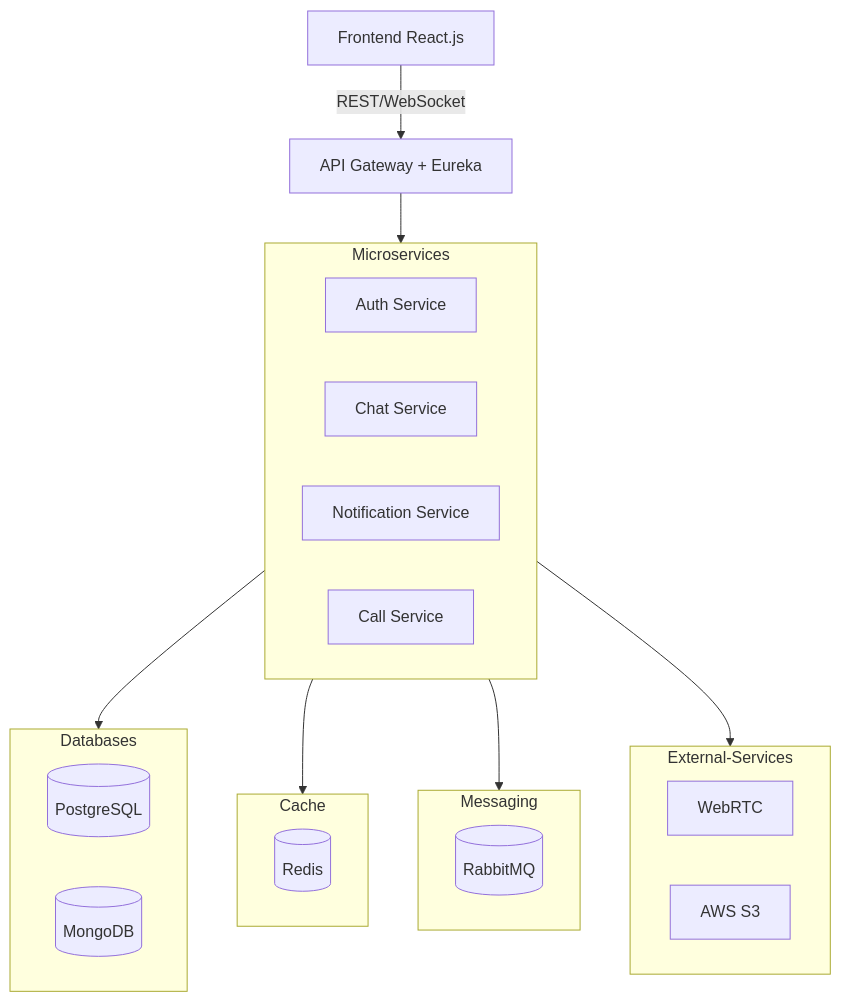
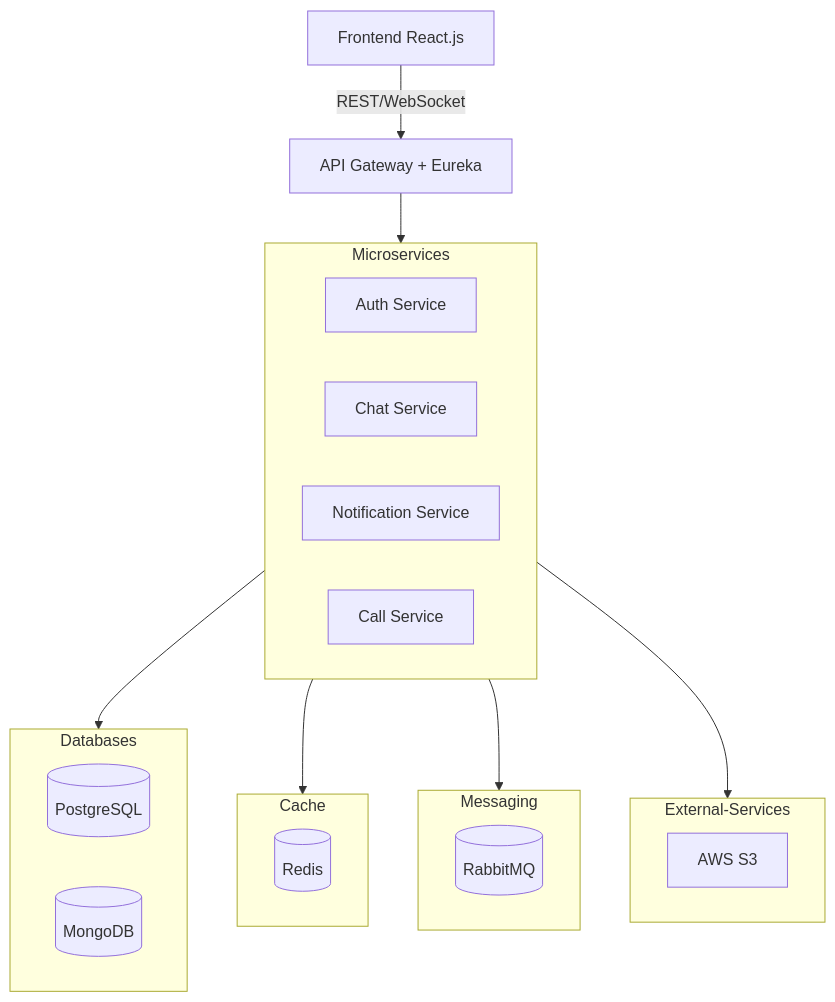
The diagram in software_specifications_document.md (rezi-gelenidze/chatty), drawn with Mermaid before and after one commit. The commit also changed other lines of this file, not shown here.

````diff
--- a/software_specifications_document.md
+++ b/software_specifications_document.md
@@ -97,36 +97,35 @@
 ```mermaid
 graph TD;
     A[Frontend React.js] -->|REST/WebSocket| B[API Gateway + Eureka];
     
     B --> Microservices
     
     Microservices --> Databases
     Microservices --> Cache
     Microservices --> Messaging
     Microservices --> External-Services
     
     subgraph "Microservices"
         C[Auth Service]
         D[Chat Service]
         E[Notification Service]
         F[Call Service]
     end
 
     subgraph "Databases"
         G[(PostgreSQL)]
         H[(MongoDB)]
     end
     
     subgraph "Messaging"
         I[(RabbitMQ)]
     end
 
     subgraph "Cache"
         J[(Redis)]
     end
 
     subgraph "External-Services"
-        K[WebRTC]
-        L[AWS S3]
+        K[AWS S3]
     end
 ```
````
